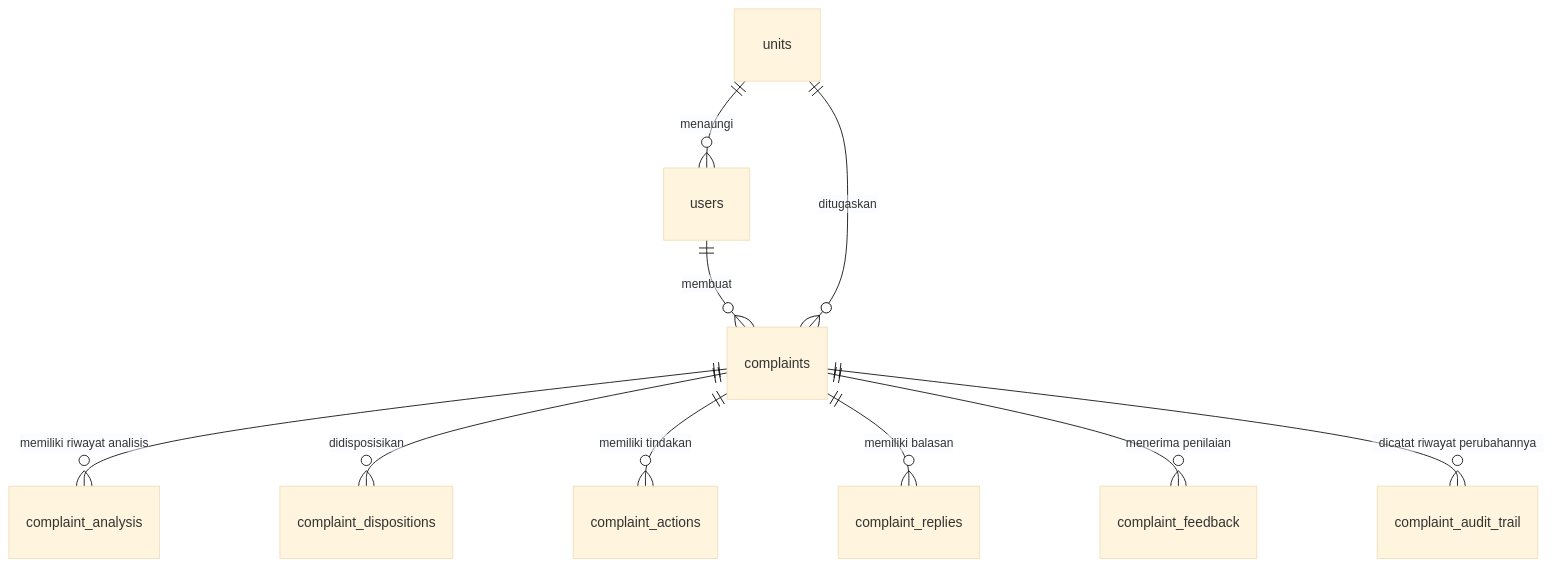
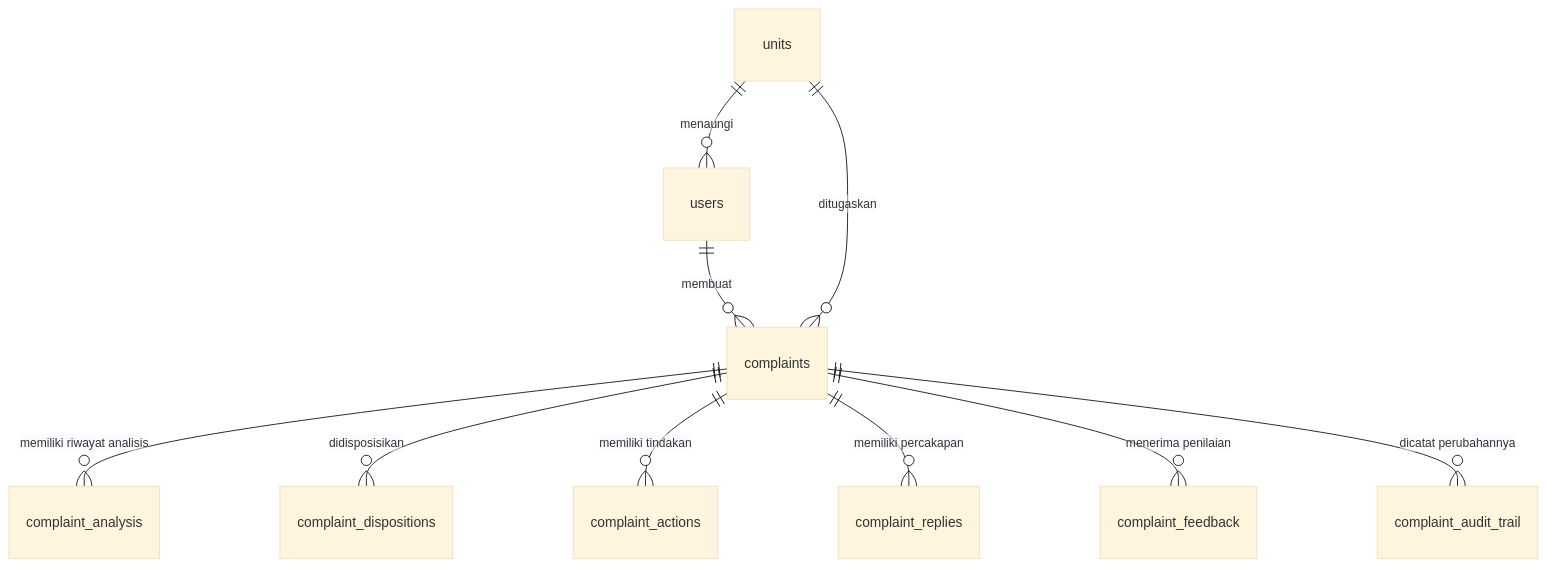
Before and after one commit to nurrasyid14/s: the diagram in DATABASE_AUDIT.md, drawn with Mermaid (base theme). The commit also changed other lines of this file and 15 other files, not shown here.

````diff
--- a/DATABASE_AUDIT.md
+++ b/DATABASE_AUDIT.md
@@ -13,12 +11,12 @@
 ```mermaid
 erDiagram
     users ||--o{ complaints : "membuat"
     units ||--o{ complaints : "ditugaskan"
     units ||--o{ users : "menaungi"
     complaints ||--o{ complaint_analysis : "memiliki riwayat analisis"
     complaints ||--o{ complaint_dispositions : "didisposisikan"
     complaints ||--o{ complaint_actions : "memiliki tindakan"
-    complaints ||--o{ complaint_replies : "memiliki balasan"
+    complaints ||--o{ complaint_replies : "memiliki percakapan"
     complaints ||--o{ complaint_feedback : "menerima penilaian"
-    complaints ||--o{ complaint_audit_trail : "dicatat riwayat perubahannya"
+    complaints ||--o{ complaint_audit_trail : "dicatat perubahannya"
 ```
````
